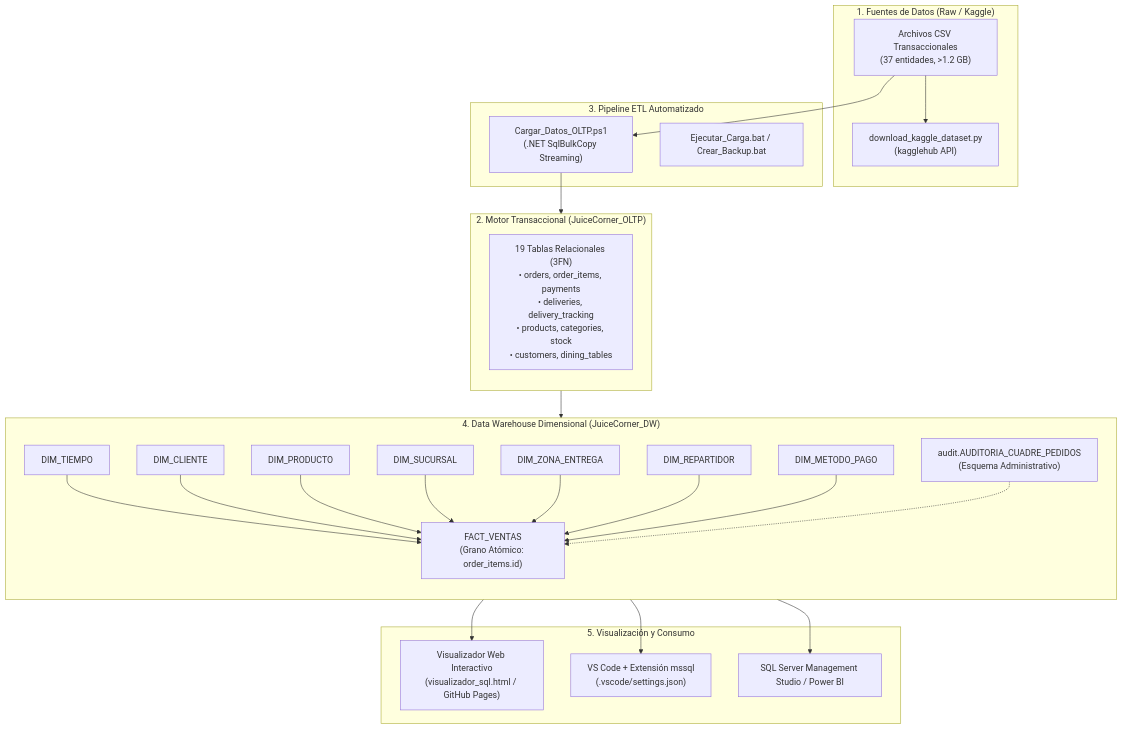
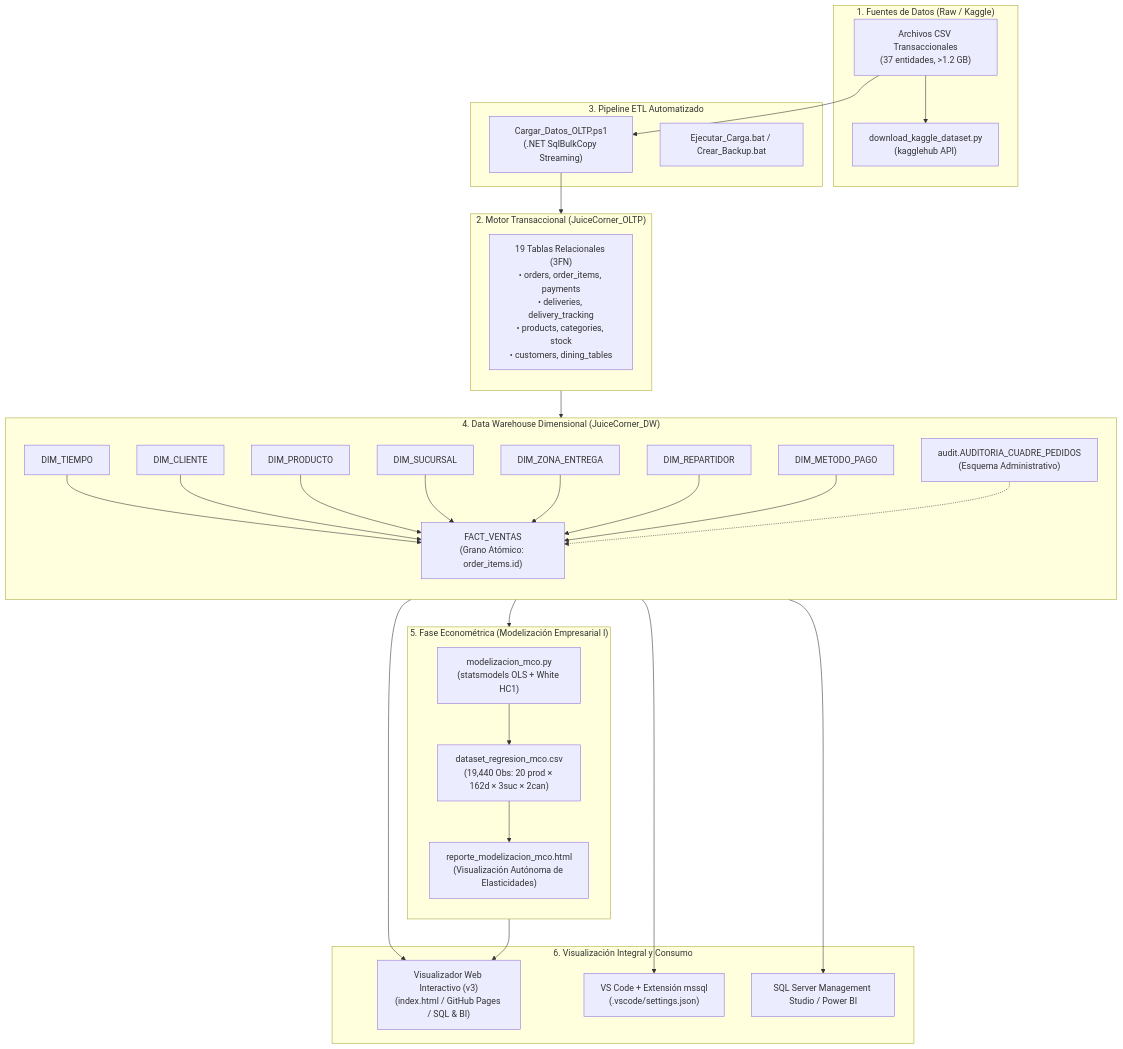
Before and after one commit to JoseFerM/JuiceCorner-DataScience: the diagram in README.md, drawn with Mermaid. The commit also changed other lines of this file and 3 other files, not shown here.

Commit message:
feat(visualizador): integrar modulo de Modelizacion Econometrica MCO, elasticidades y simulacion de escenarios

````diff
--- a/README.md
+++ b/README.md
@@ -164,44 +168,55 @@
 ```mermaid
 flowchart TD
     subgraph S1["1. Fuentes de Datos (Raw / Kaggle)"]
         CSV["Archivos CSV Transaccionales<br/>(37 entidades, >1.2 GB)"]
         PY["download_kaggle_dataset.py<br/>(kagglehub API)"]
     end
 
     subgraph S2["2. Motor Transaccional (JuiceCorner_OLTP)"]
         direction TB
         OLTP_CORE["19 Tablas Relacionales (3FN)<br/>• orders, order_items, payments<br/>• deliveries, delivery_tracking<br/>• products, categories, stock<br/>• customers, dining_tables"]
     end
 
     subgraph S3["3. Pipeline ETL Automatizado"]
         BULK["Cargar_Datos_OLTP.ps1<br/>(.NET SqlBulkCopy Streaming)"]
         BAT["Ejecutar_Carga.bat / Crear_Backup.bat"]
     end
 
     subgraph S4["4. Data Warehouse Dimensional (JuiceCorner_DW)"]
         direction TB
         DIM_T["DIM_TIEMPO"] --> FACT["FACT_VENTAS<br/>(Grano Atómico: order_items.id)"]
         DIM_C["DIM_CLIENTE"] --> FACT
         DIM_P["DIM_PRODUCTO"] --> FACT
         DIM_S["DIM_SUCURSAL"] --> FACT
         DIM_Z["DIM_ZONA_ENTREGA"] --> FACT
         DIM_R["DIM_REPARTIDOR"] --> FACT
         DIM_M["DIM_METODO_PAGO"] --> FACT
         
         AUD["audit.AUDITORIA_CUADRE_PEDIDOS<br/>(Esquema Administrativo)"] -.-> FACT
     end
 
-    subgraph S5["5. Visualización y Consumo"]
-        WEB["Visualizador Web Interactivo<br/>(visualizador_sql.html / GitHub Pages)"]
+    subgraph S5["5. Fase Econométrica (Modelización Empresarial I)"]
+        direction TB
+        MCO_PY["modelizacion_mco.py<br/>(statsmodels OLS + White HC1)"]
+        PANEL["dataset_regresion_mco.csv<br/>(19,440 Obs: 20 prod × 162d × 3suc × 2can)"]
+        REP["reporte_modelizacion_mco.html<br/>(Visualización Autónoma de Elasticidades)"]
+        MCO_PY --> PANEL
+        PANEL --> REP
+    end
+
+    subgraph S6["6. Visualización Integral y Consumo"]
+        WEB["Visualizador Web Interactivo (v3)<br/>(index.html / GitHub Pages / SQL & BI)"]
         VSC["VS Code + Extensión mssql<br/>(.vscode/settings.json)"]
         SSMS["SQL Server Management Studio / Power BI"]
     end
 
     CSV --> PY
     CSV --> BULK
     BULK --> OLTP_CORE
     OLTP_CORE --> S4
+    S4 --> MCO_PY
     S4 --> WEB
+    REP --> WEB
     S4 --> VSC
     S4 --> SSMS
 ```
````
